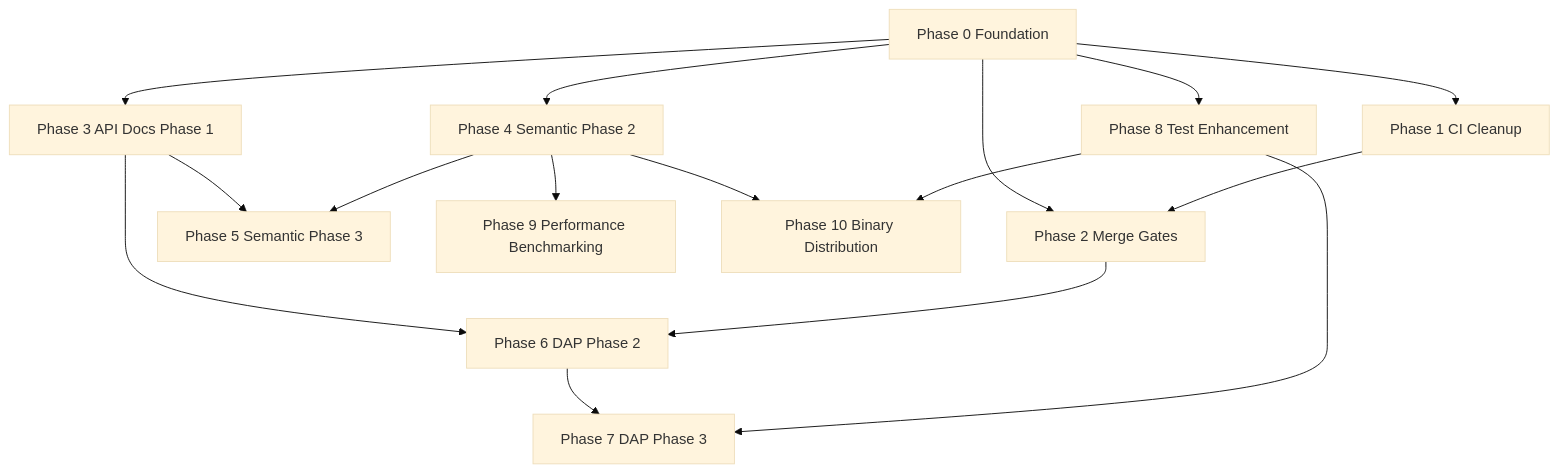
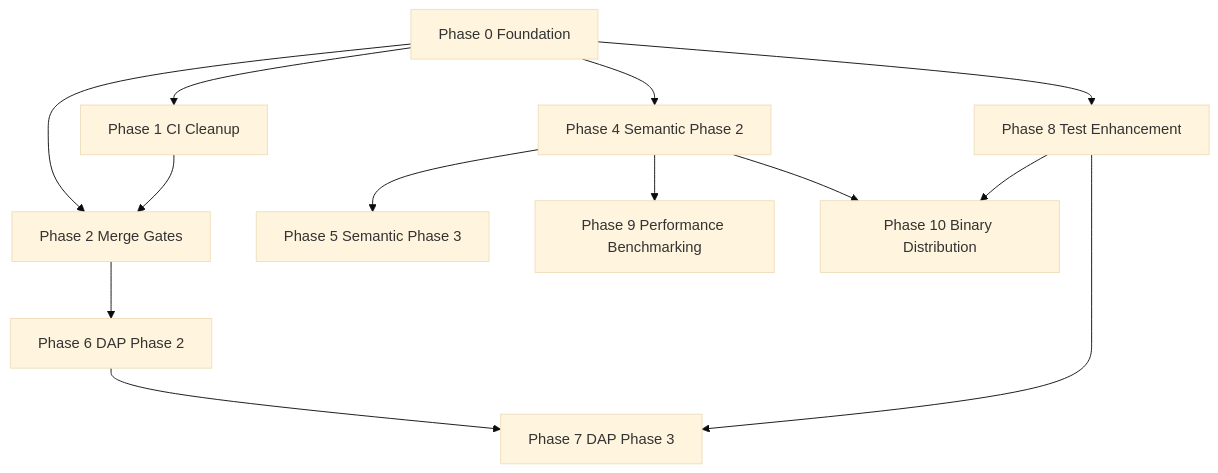
One commit to EffortlessMetrics/perl-lsp changed the diagram in plans/implementation-gap-analysis.md. Above: the diagram before and after it, drawn with Mermaid (base theme). The commit also changed other lines of this file and 1 other file, not shown here.

Commit message:
feat: update completion status and documentation scope in implementation gap analysis and roadmap

````diff
--- a/plans/implementation-gap-analysis.md
+++ b/plans/implementation-gap-analysis.md
@@ -604,23 +563,20 @@
 ```mermaid
 graph TD
     Phase0[Phase 0 Foundation] --> Phase1[Phase 1 CI Cleanup]
     Phase0 --> Phase2[Phase 2 Merge Gates]
-    Phase0 --> Phase3[Phase 3 API Docs Phase 1]
     Phase0 --> Phase4[Phase 4 Semantic Phase 2]
     Phase0 --> Phase8[Phase 8 Test Enhancement]
     
     Phase1 --> Phase2
-    Phase3 --> Phase5[Phase 5 Semantic Phase 3]
-    Phase4 --> Phase5
+    Phase4 --> Phase5[Phase 5 Semantic Phase 3]
     
-    Phase3 --> Phase6[Phase 6 DAP Phase 2]
-    Phase2 --> Phase6
+    Phase2 --> Phase6[Phase 6 DAP Phase 2]
     
     Phase6 --> Phase7[Phase 7 DAP Phase 3]
     Phase8 --> Phase7
     
     Phase4 --> Phase9[Phase 9 Performance Benchmarking]
     Phase4 --> Phase10[Phase 10 Binary Distribution]
     
     Phase8 --> Phase10
 ```
````
